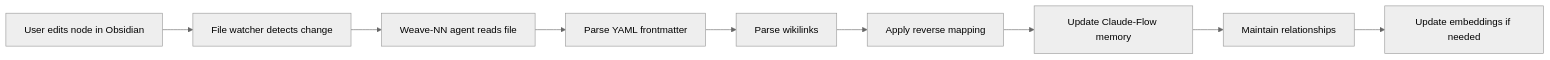
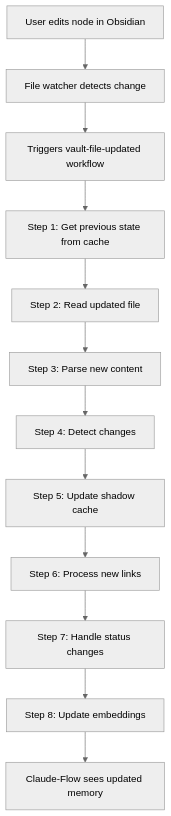
One commit to weave-logic-ai/knowlege-graph-agent changed the second of 2 diagrams in weave-nn/mcp/claude-flow-memory-visualization.md. Above: the diagram before and after it, drawn with Mermaid (neutral theme). The commit also changed other lines of this file and 8 other files, not shown here.

````diff
--- a/weave-nn/mcp/claude-flow-memory-visualization.md
+++ b/weave-nn/mcp/claude-flow-memory-visualization.md
@@ -127,11 +196,14 @@
 ```mermaid
-graph LR
+graph TB
     A[User edits node in Obsidian] --> B[File watcher detects change]
-    B --> C[Weave-NN agent reads file]
-    C --> D[Parse YAML frontmatter]
-    D --> E[Parse wikilinks]
-    E --> F[Apply reverse mapping]
-    F --> G[Update Claude-Flow memory]
-    G --> H[Maintain relationships]
-    H --> I[Update embeddings if needed]
+    B --> C[Triggers vault-file-updated workflow]
+    C --> D[Step 1: Get previous state from cache]
+    D --> E[Step 2: Read updated file]
+    E --> F[Step 3: Parse new content]
+    F --> G[Step 4: Detect changes]
+    G --> H[Step 5: Update shadow cache]
+    H --> I[Step 6: Process new links]
+    I --> J[Step 7: Handle status changes]
+    J --> K[Step 8: Update embeddings]
+    K --> L[Claude-Flow sees updated memory]
 ```
````
